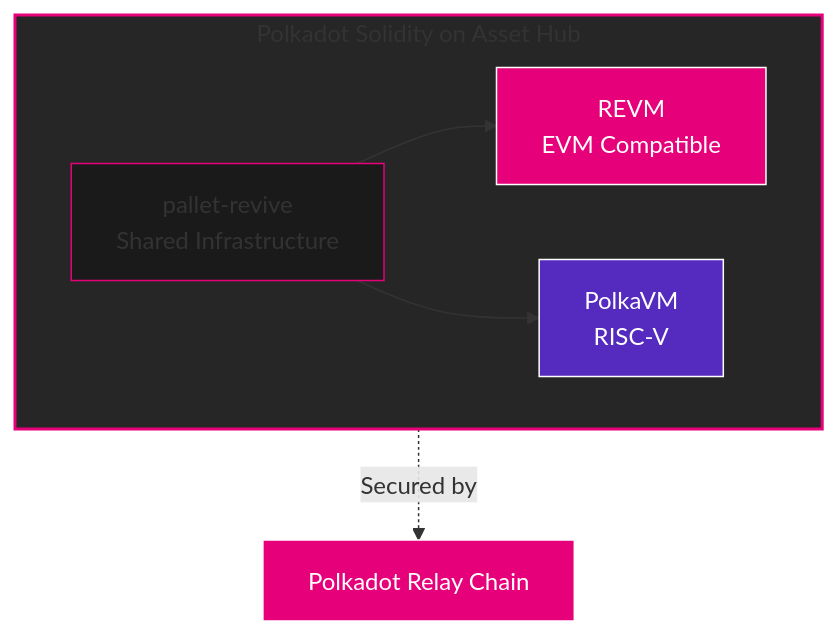
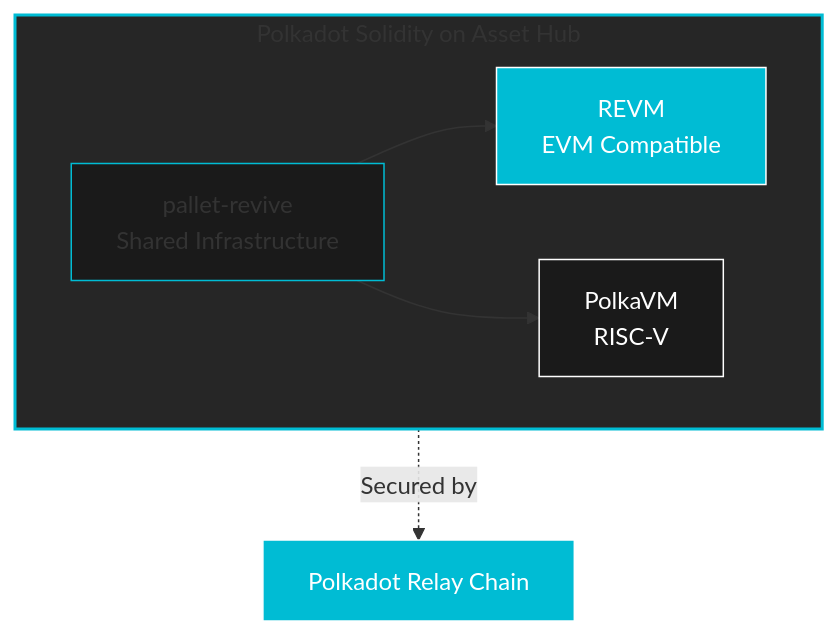
The second of 5 diagrams in slides/evm-tooling-development-setup.md (openguild-labs/polkadot-codecamp), drawn with Mermaid before and after one commit. The commit also changed other lines of this file and 6 other files, not shown here.

````diff
--- a/slides/evm-tooling-development-setup.md
+++ b/slides/evm-tooling-development-setup.md
@@ -60,20 +60,20 @@
 ```mermaid
 graph TB
     subgraph HUB[Polkadot Solidity on Asset Hub]
         PALLET[pallet-revive<br/>Shared Infrastructure]
         REVM[REVM<br/>EVM Compatible]
         POLKAVM[PolkaVM<br/>RISC-V]
     end
 
     RELAY[Polkadot Relay Chain]
 
     PALLET --> REVM
     PALLET --> POLKAVM
     HUB -.->|Secured by| RELAY
 
-    style HUB fill:#262626,stroke:#E6007A,stroke-width:2px
-    style PALLET fill:#1a1a1a,stroke:#E6007A
-    style REVM fill:#E6007A,stroke:#fff,color:#fff
-    style POLKAVM fill:#552BBF,stroke:#fff,color:#fff
-    style RELAY fill:#E6007A,stroke:#fff,color:#fff
+    style HUB fill:#262626,stroke:#00BCD4,stroke-width:2px
+    style PALLET fill:#1a1a1a,stroke:#00BCD4
+    style REVM fill:#00BCD4,stroke:#fff,color:#fff
+    style POLKAVM fill:#1a1a1a,stroke:#fff,color:#fff
+    style RELAY fill:#00BCD4,stroke:#fff,color:#fff
 ```
````
